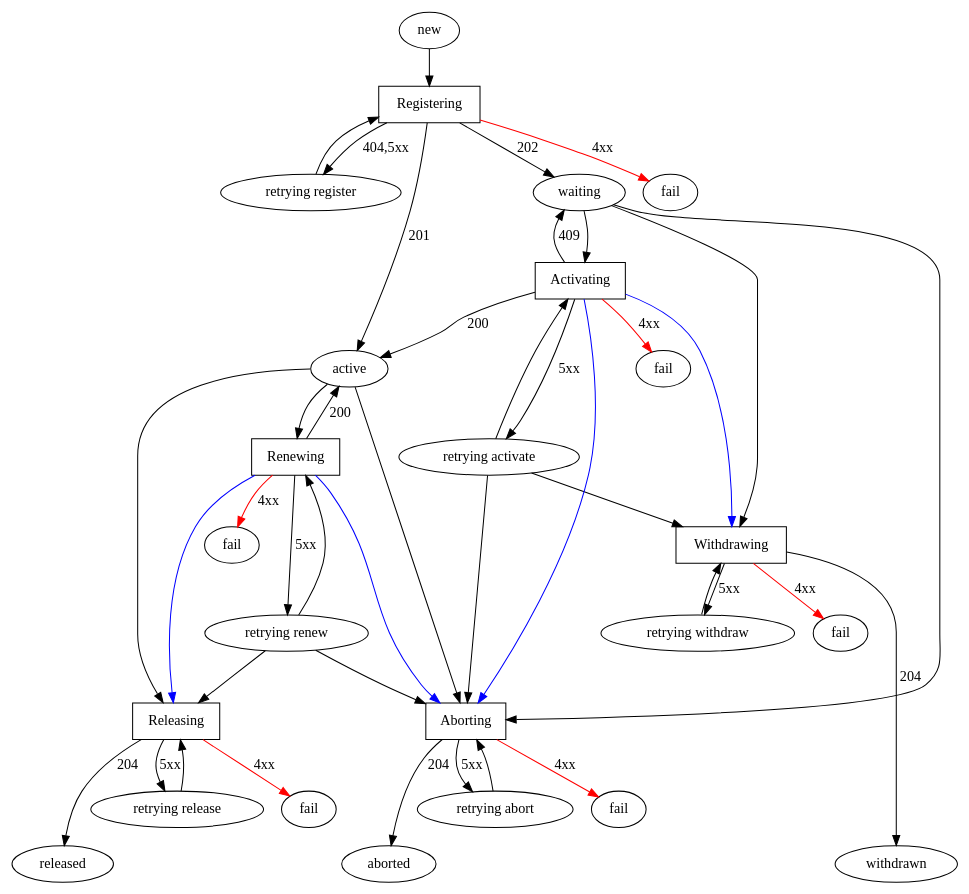
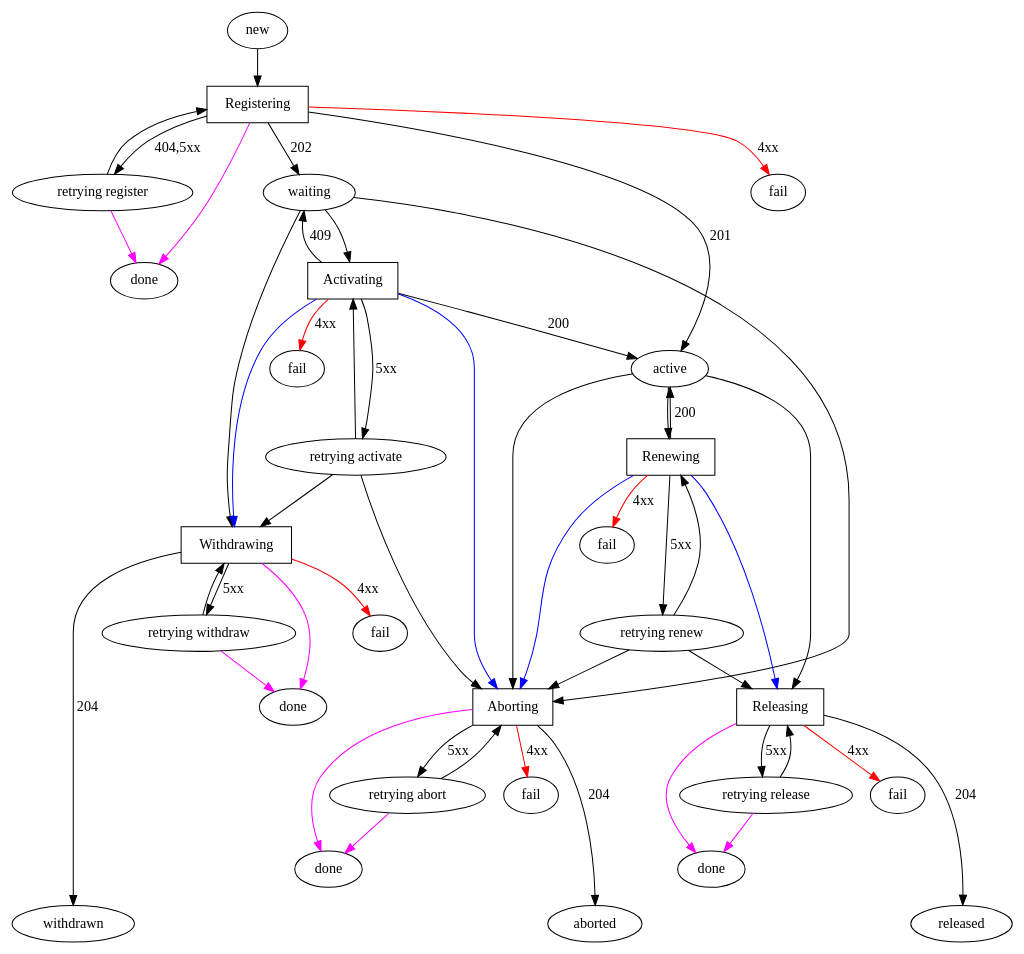
One commit to genome/nessy-client-perl changed the diagram in docs/nessy-daemon-claim-state-machine.dot. Above: the diagram before and after it, drawn with Graphviz.

Commit message:
add done states
Transitions to done states generally don't do anything, and are
triggered by errors that cannot reasonably be handled.

```diff
--- a/docs/nessy-daemon-claim-state-machine.dot
+++ b/docs/nessy-daemon-claim-state-machine.dot
@@ -1,129 +1,143 @@
 digraph "nessy-daemon-claim-state-machine" {
     node [shape=oval]
     // Start state
     new
 
     // In progress states
     active
     waiting
 
     // Final states
     aborted
     released
     withdrawn
 
     // Failure states
     f_abort    [label="fail"]
     f_activate [label="fail"]
     f_register [label="fail"]
     f_release  [label="fail"]
     f_renew    [label="fail"]
     f_withdraw [label="fail"]
+
+    // Done states
+    d_abort    [label="done"]
+    d_register [label="done"]
+    d_release  [label="done"]
+    d_withdraw [label="done"]
 
     // Retry states
     r_abort    [label="retrying abort"]
     r_activate [label="retrying activate"]
     r_register [label="retrying register"]
     r_release  [label="retrying release"]
     r_renew    [label="retrying renew"]
     r_withdraw [label="retrying withdraw"]
 
     // Action states
     node [shape=box]
     a_abort    [label="Aborting"]
     a_activate [label="Activating"]
     a_register [label="Registering"]
     a_release  [label="Releasing"]
     a_renew    [label="Renewing"]
     a_withdraw [label="Withdrawing"]
 
 
     // Paths from start node
     new -> a_register [color=black]
 
 
     // Paths away from a_register
     a_register -> active     [color=black label="201"]
     a_register -> waiting    [color=black label="202"]
 
     a_register -> r_register [color=black label="404,5xx"]
     r_register -> a_register [color=black]
 
     a_register -> f_register [color=red   label="4xx"]
+    a_register -> d_register [color=magenta]
+    r_register -> d_register [color=magenta]
 
 
     // Paths away from active
     active  -> a_renew   [color=black]
     a_renew -> active    [color=black label="200"]
     a_renew -> r_renew   [color=black label="5xx" minlen=2]
     r_renew -> a_renew   [color=black]
 
 
     a_renew -> f_renew   [color=red label="4xx"]
 
     active  -> a_abort   [color=black]
     a_renew -> a_abort   [color=blue]
     r_renew -> a_abort   [color=black]
 
     a_renew -> a_release [color=blue]
     r_renew -> a_release [color=black]
 
     active  -> a_release [color=black]
 
 
     // Paths away from waiting
     waiting    -> a_activate [color=black]
     a_activate -> waiting    [color=black label="409"]
     a_activate -> r_activate [color=black label="5xx" minlen=2]
     r_activate -> a_activate [color=black]
     a_activate -> active     [color=black label="200"]
 
 
     a_activate -> f_activate [color=red   label="4xx"]
 
     waiting    -> a_withdraw [color=black]
     a_activate -> a_withdraw [color=blue]
     r_activate -> a_withdraw [color=black]
 
     waiting    -> a_abort    [color=black]
     a_activate -> a_abort    [color=blue]
     r_activate -> a_abort    [color=black]
 
 
     // Paths away from a_withdraw
     a_withdraw -> withdrawn  [color=black label="204"]
 
     a_withdraw -> r_withdraw [color=black label="5xx"]
     r_withdraw -> a_withdraw [color=black]
 
     a_withdraw -> f_withdraw [color=red   label="4xx"]
+    a_withdraw -> d_withdraw [color=magenta]
+    r_withdraw -> d_withdraw [color=magenta]
 
 
     // Paths away from a_release
     a_release -> released  [color=black label="204"]
 
     a_release -> r_release [color=black label="5xx"]
     r_release -> a_release [color=black]
 
     a_release -> f_release [color=red   label="4xx"]
+    a_release -> d_release [color=magenta]
+    r_release -> d_release [color=magenta]
 
     // Paths away from a_abort
     a_abort -> aborted [color=black label="204"]
     a_abort -> r_abort [color=black label="5xx"]
 
     r_abort -> a_abort [color=black]
     a_abort -> f_abort [color=red   label="4xx"]
+    a_abort -> d_abort [color=magenta]
+    r_abort -> d_abort [color=magenta]
 
     // Formatting
     {
         rank=source
         new
     }
 
     {
         rank=sink
         aborted
         released
         withdrawn
     }
 }
```
